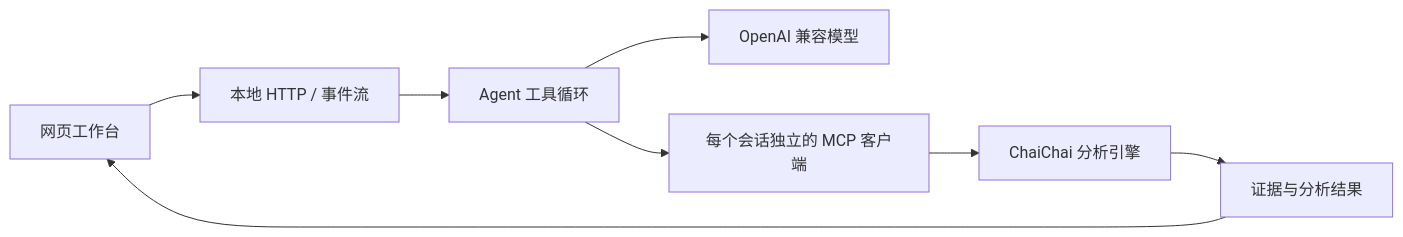
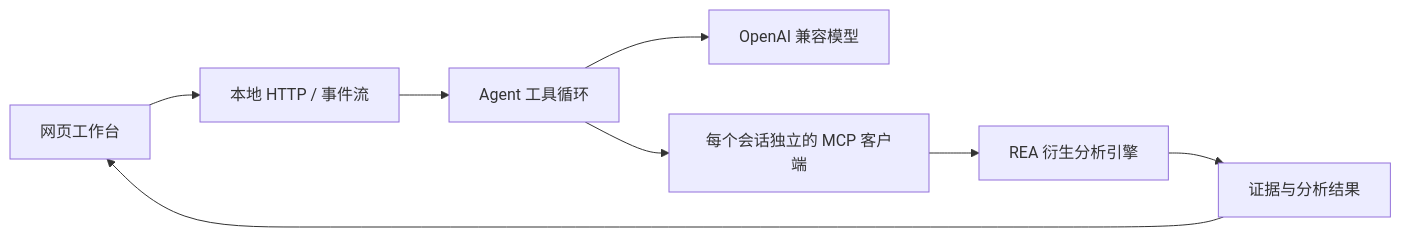
Before and after one commit to leo-ai-pm/rea-assistant: the diagram in README.md, drawn with Mermaid. The commit also changed other lines of this file and 1 other file, not shown here.

Commit message:
docs: position REA assistant as an independent product with clear attribution

````diff
--- a/README.md
+++ b/README.md
@@ -41,10 +43,10 @@
 ```mermaid
 flowchart LR
   UI[网页工作台] --> HTTP[本地 HTTP / 事件流]
   HTTP --> Agent[Agent 工具循环]
   Agent --> Model[OpenAI 兼容模型]
   Agent --> MCP[每个会话独立的 MCP 客户端]
-  MCP --> Engine[ChaiChai 分析引擎]
+  MCP --> Engine[REA 衍生分析引擎]
   Engine --> Evidence[证据与分析结果]
   Evidence --> UI
 ```
````
